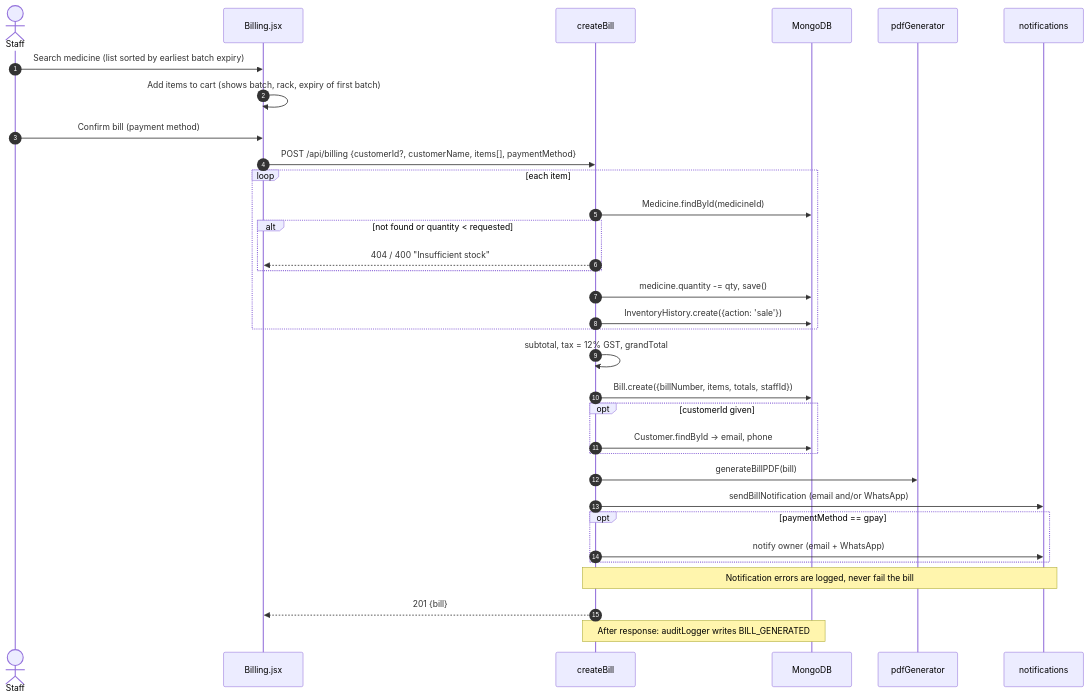
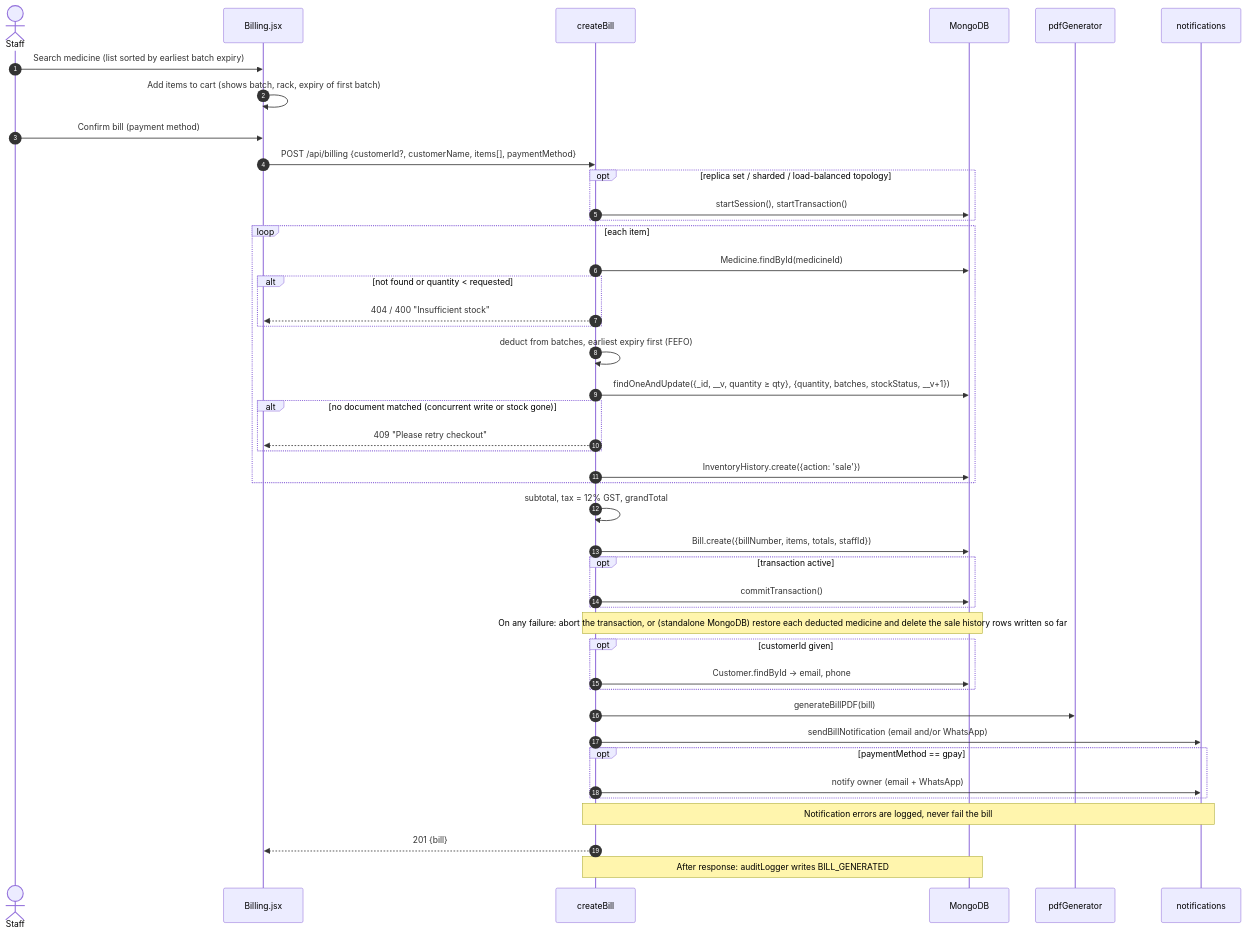
The first of 4 diagrams in docs/core-flows.md (USER1043/MediStock_AI), drawn with Mermaid before and after one commit. The commit also changed other lines of this file and 7 other files, not shown here.

First line of the commit message:
fix(billing): atomic FEFO batch deduction with transaction and compensating rollback

````diff
--- a/docs/core-flows.md
+++ b/docs/core-flows.md
@@ -11,39 +11,51 @@
 ```mermaid
 sequenceDiagram
     autonumber
     actor S as Staff
     participant UI as Billing.jsx
     participant API as createBill
     participant DB as MongoDB
     participant PDF as pdfGenerator
     participant N as notifications
 
     S->>UI: Search medicine (list sorted by earliest batch expiry)
     UI->>UI: Add items to cart (shows batch, rack, expiry of first batch)
     S->>UI: Confirm bill (payment method)
     UI->>API: POST /api/billing {customerId?, customerName, items[], paymentMethod}
 
+    opt replica set / sharded / load-balanced topology
+        API->>DB: startSession(), startTransaction()
+    end
+
     loop each item
         API->>DB: Medicine.findById(medicineId)
         alt not found or quantity < requested
             API-->>UI: 404 / 400 "Insufficient stock"
         end
-        API->>DB: medicine.quantity -= qty, save()
+        API->>API: deduct from batches, earliest expiry first (FEFO)
+        API->>DB: findOneAndUpdate({_id, __v, quantity ≥ qty}, {quantity, batches, stockStatus, __v+1})
+        alt no document matched (concurrent write or stock gone)
+            API-->>UI: 409 "Please retry checkout"
+        end
         API->>DB: InventoryHistory.create({action: 'sale'})
     end
 
     API->>API: subtotal, tax = 12% GST, grandTotal
     API->>DB: Bill.create({billNumber, items, totals, staffId})
+    opt transaction active
+        API->>DB: commitTransaction()
+    end
+    Note over API,DB: On any failure: abort the transaction, or (standalone MongoDB) restore each deducted medicine and delete the sale history rows written so far
 
     opt customerId given
         API->>DB: Customer.findById → email, phone
     end
     API->>PDF: generateBillPDF(bill)
     API->>N: sendBillNotification (email and/or WhatsApp)
     opt paymentMethod == gpay
         API->>N: notify owner (email + WhatsApp)
     end
     Note over API,N: Notification errors are logged, never fail the bill
     API-->>UI: 201 {bill}
     Note over API,DB: After response: auditLogger writes BILL_GENERATED
 ```
````
